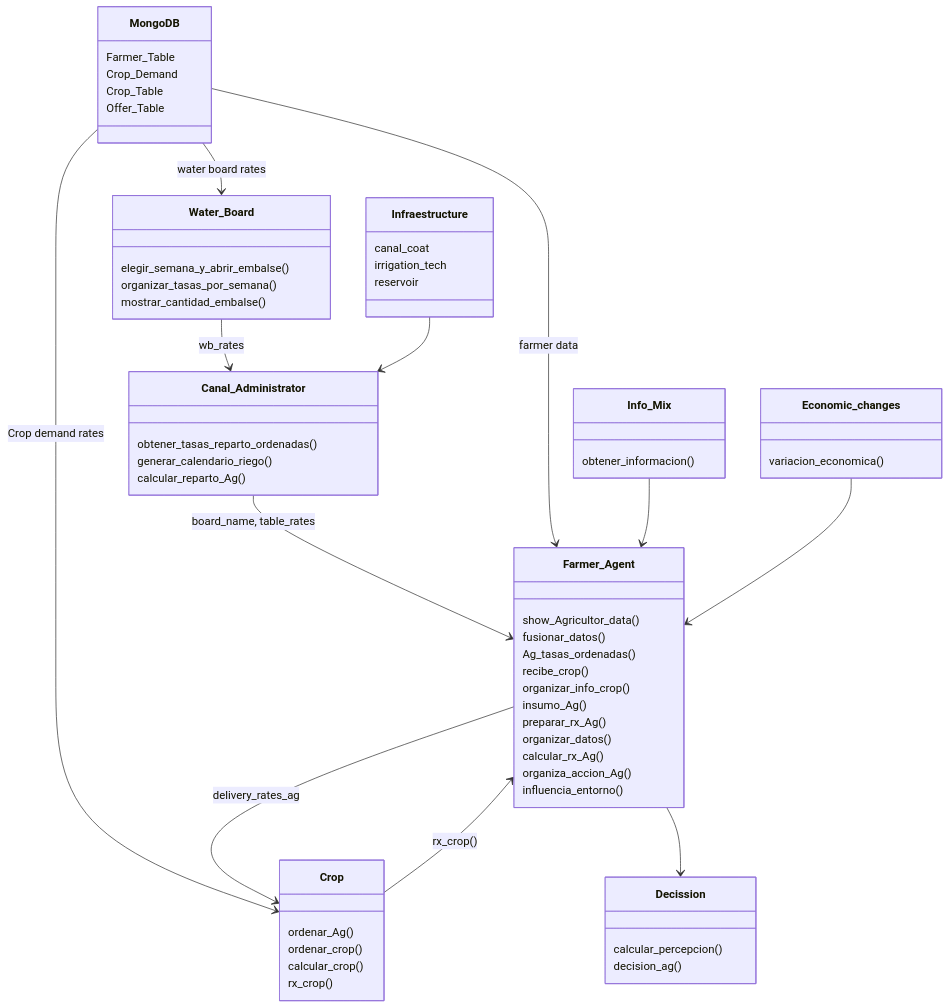
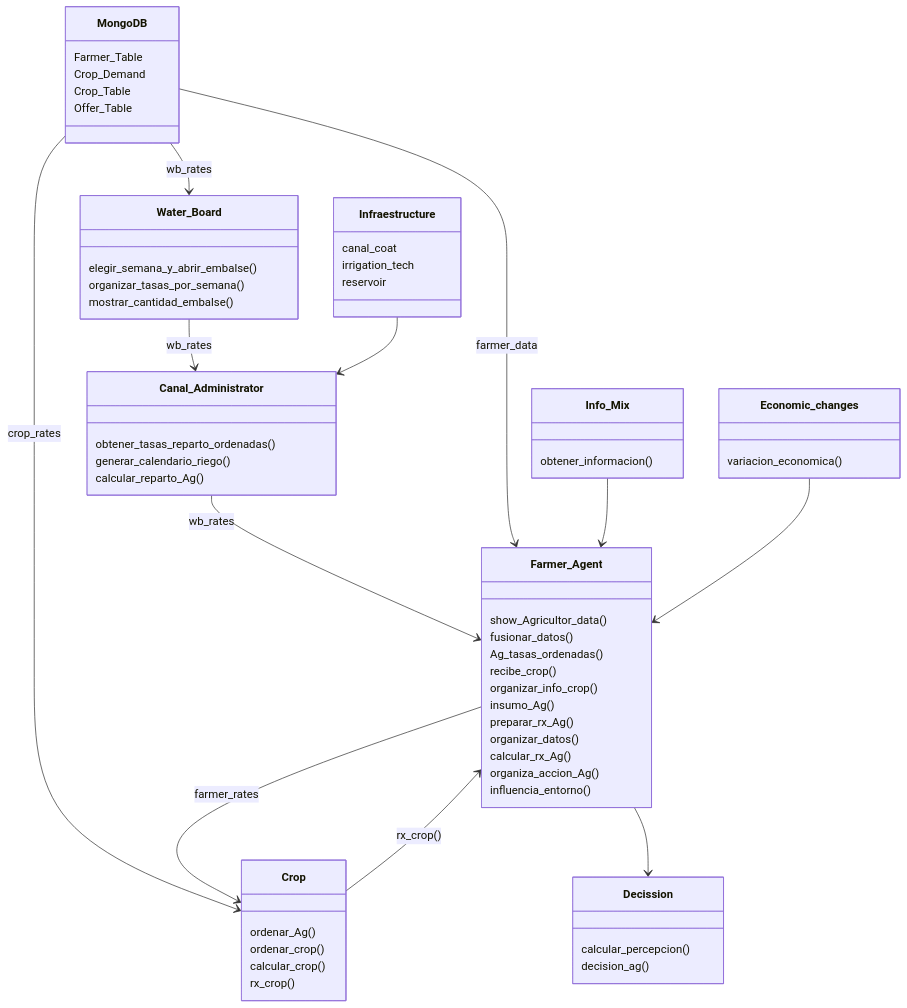
Before and after one commit to Pablov81/Agrotopia: the diagram in README.md, drawn with Mermaid.

````diff
--- a/README.md
+++ b/README.md
@@ -47,73 +47,73 @@
 ```mermaid
 classDiagram
     class MongoDB {
         Farmer_Table
         Crop_Demand
         Crop_Table
         Offer_Table
     }
 
     class Water_Board {
         elegir_semana_y_abrir_embalse()
         organizar_tasas_por_semana()
         mostrar_cantidad_embalse()
     }
 
     class Canal_Administrator{
         obtener_tasas_reparto_ordenadas()
         generar_calendario_riego()
         calcular_reparto_Ag()
     }
 
     class Farmer_Agent {
         show_Agricultor_data()
         fusionar_datos()
         Ag_tasas_ordenadas()
         recibe_crop()
         organizar_info_crop()
         insumo_Ag()
         preparar_rx_Ag()
         organizar_datos()
         calcular_rx_Ag()
         organiza_accion_Ag()
         influencia_entorno()
     }
 
     class Crop {
         ordenar_Ag()
         ordenar_crop()
         calcular_crop()
         rx_crop()
     }
 
     class Decission {
         calcular_percepcion()
         decision_ag()
     }
 
     class Info_Mix {
         obtener_informacion()
     }
 
     class Infraestructure {
         canal_coat
         irrigation_tech
         reservoir
     }
 
     class Economic_changes {
         variacion_economica()
     }
 
     Water_Board --> Canal_Administrator: wb_rates
-    Canal_Administrator --> Farmer_Agent: board_name, table_rates
-    MongoDB --> Water_Board: water board rates
-    MongoDB --> Farmer_Agent: farmer data
-    MongoDB --> Crop: Crop demand rates
-    Farmer_Agent --> Crop: delivery_rates_ag
+    Canal_Administrator --> Farmer_Agent: wb_rates
+    MongoDB --> Water_Board: wb_rates
+    MongoDB --> Farmer_Agent: farmer_data
+    MongoDB --> Crop: crop_rates
+    Farmer_Agent --> Crop: farmer_rates
     Farmer_Agent --> Decission
     Info_Mix-->Farmer_Agent
     Economic_changes-->Farmer_Agent
     Infraestructure-->Canal_Administrator
     Crop --> Farmer_Agent:rx_crop()
 ```
````
